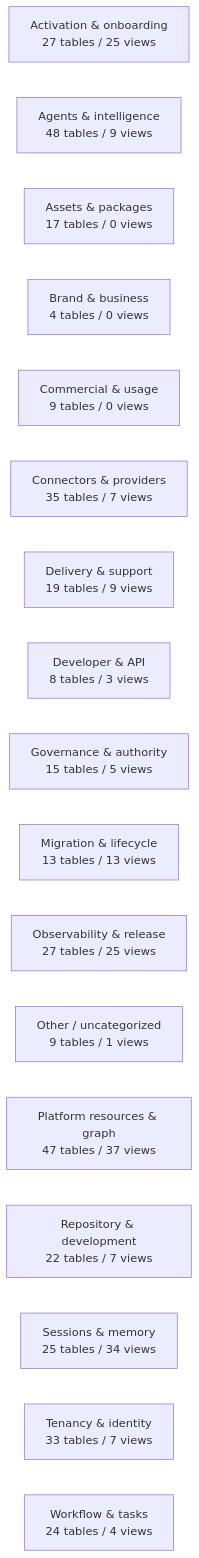
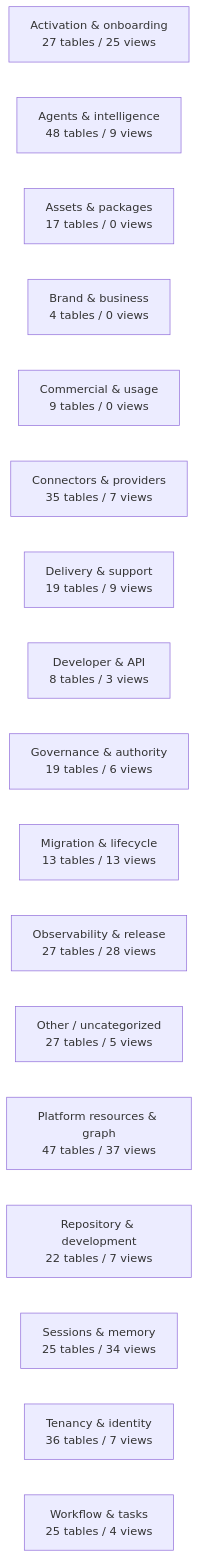
One commit to mad4bdigital-ai/multi-business-multi-role-growth-intelligence-os changed the diagram in docs/work-maps/data-model-domain-map.md. Above: the diagram before and after it, drawn with Mermaid. The commit also changed other lines of this file and 12 other files, not shown here.

````diff
--- a/docs/work-maps/data-model-domain-map.md
+++ b/docs/work-maps/data-model-domain-map.md
@@ -9,20 +9,20 @@
 ```mermaid
 flowchart LR
   n_Activation___onboarding["Activation & onboarding<br/>27 tables / 25 views"]
   n_Agents___intelligence["Agents & intelligence<br/>48 tables / 9 views"]
   n_Assets___packages["Assets & packages<br/>17 tables / 0 views"]
   n_Brand___business["Brand & business<br/>4 tables / 0 views"]
   n_Commercial___usage["Commercial & usage<br/>9 tables / 0 views"]
   n_Connectors___providers["Connectors & providers<br/>35 tables / 7 views"]
   n_Delivery___support["Delivery & support<br/>19 tables / 9 views"]
   n_Developer___API["Developer & API<br/>8 tables / 3 views"]
-  n_Governance___authority["Governance & authority<br/>15 tables / 5 views"]
+  n_Governance___authority["Governance & authority<br/>19 tables / 6 views"]
   n_Migration___lifecycle["Migration & lifecycle<br/>13 tables / 13 views"]
-  n_Observability___release["Observability & release<br/>27 tables / 25 views"]
-  n_Other___uncategorized["Other / uncategorized<br/>9 tables / 1 views"]
+  n_Observability___release["Observability & release<br/>27 tables / 28 views"]
+  n_Other___uncategorized["Other / uncategorized<br/>27 tables / 5 views"]
   n_Platform_resources___graph["Platform resources & graph<br/>47 tables / 37 views"]
   n_Repository___development["Repository & development<br/>22 tables / 7 views"]
   n_Sessions___memory["Sessions & memory<br/>25 tables / 34 views"]
-  n_Tenancy___identity["Tenancy & identity<br/>33 tables / 7 views"]
-  n_Workflow___tasks["Workflow & tasks<br/>24 tables / 4 views"]
+  n_Tenancy___identity["Tenancy & identity<br/>36 tables / 7 views"]
+  n_Workflow___tasks["Workflow & tasks<br/>25 tables / 4 views"]
 ```
````
